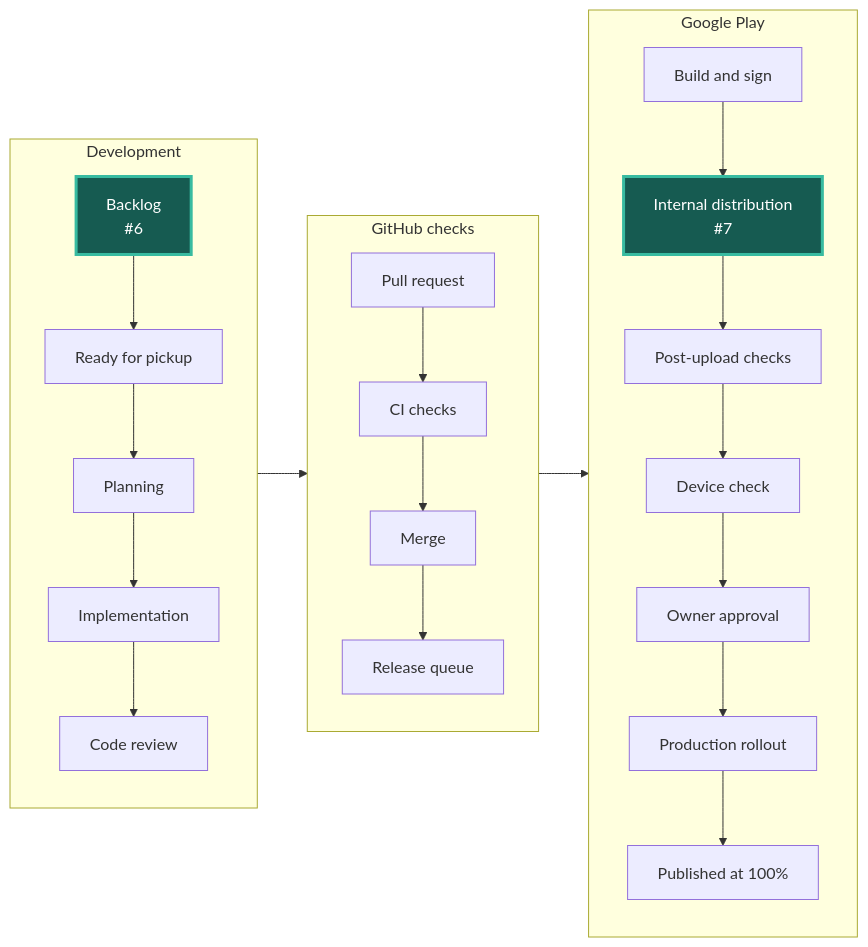
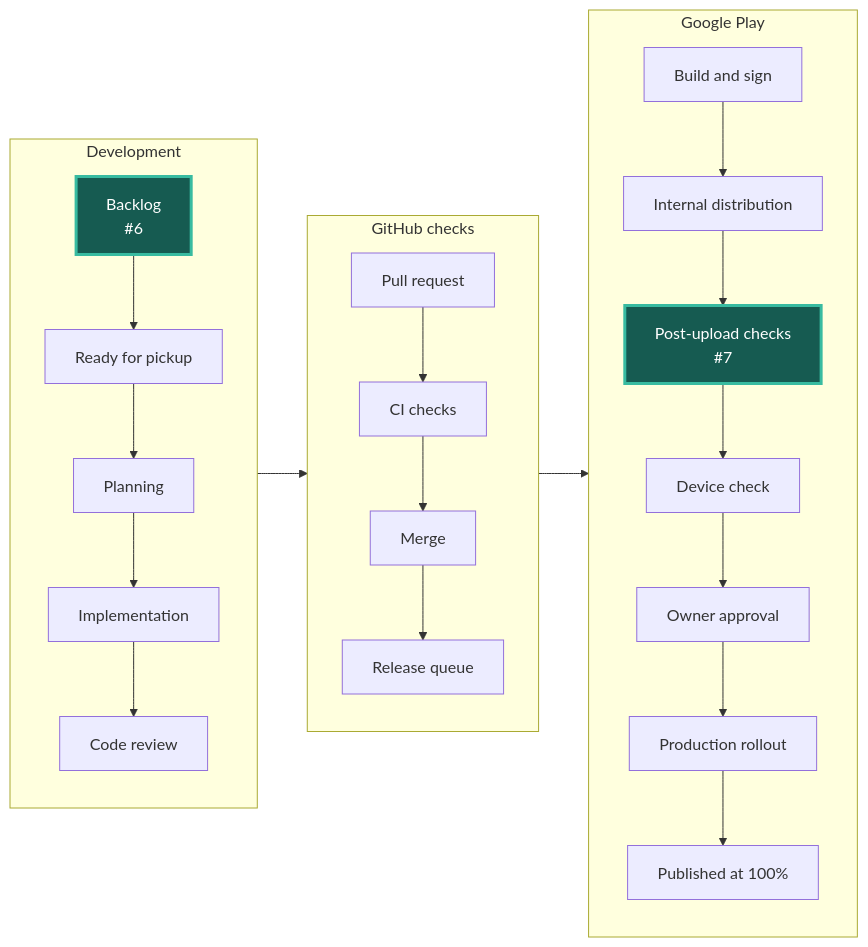
One commit to Oziomajnr/ChessTournamentManager changed the diagram in STATUS.md. Above: the diagram before and after it, drawn with Mermaid. The commit also changed other lines of this file and 1 other file, not shown here.

Commit message:
Refresh issue delivery graph

````diff
--- a/STATUS.md
+++ b/STATUS.md
@@ -5,35 +5,35 @@
 ```mermaid
 flowchart LR
     accTitle: Current issue positions in the delivery workflow
     accDescr: Development flows into GitHub checks and Google Play. Each issue number appears at its current step.
     subgraph development["Development"]
         direction TB
         backlog["Backlog<br/>#6"]:::occupied
         ready["Ready for pickup"]
         plan["Planning"]
         code["Implementation"]
         review["Code review"]
         backlog --> ready --> plan --> code --> review
     end
     subgraph integration["GitHub checks"]
         direction TB
         pull["Pull request"]
         ci["CI checks"]
         merge["Merge"]
         queue["Release queue"]
         pull --> ci --> merge --> queue
     end
     subgraph distribution["Google Play"]
         direction TB
         build["Build and sign"]
-        internal["Internal distribution<br/>#7"]:::occupied
-        reports["Post-upload checks"]
+        internal["Internal distribution"]
+        reports["Post-upload checks<br/>#7"]:::occupied
         device["Device check"]
         approval["Owner approval"]
         rollout["Production rollout"]
         published["Published at 100%"]
         build --> internal --> reports --> device --> approval --> rollout --> published
     end
     development --> integration --> distribution
     classDef occupied fill:#165b51,color:#ffffff,stroke:#38bba0,stroke-width:3px
 ```
````
